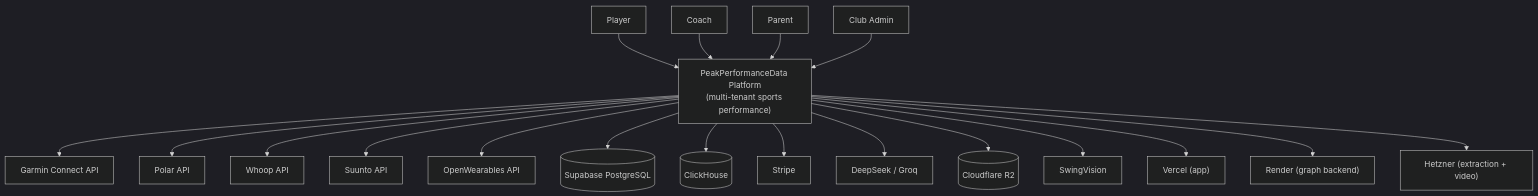
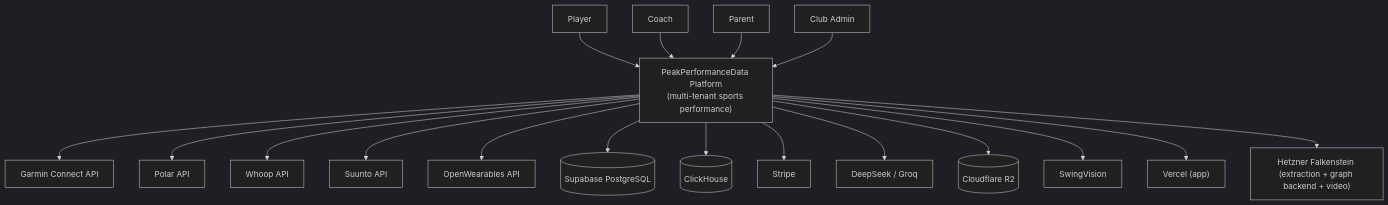
One commit to daniellpsilva1/PeakPerformanceDataMonorepo changed the diagram in docs/architecture/system-context.md. Above: the diagram before and after it, drawn with Mermaid (dark theme). The commit also changed other lines of this file and 12 other files, not shown here.

````diff
--- a/docs/architecture/system-context.md
+++ b/docs/architecture/system-context.md
@@ -30,25 +30,24 @@
 ```mermaid
 flowchart TD
     Player[Player] --> PPD
     Coach[Coach] --> PPD
     Parent[Parent] --> PPD
     Admin[Club Admin] --> PPD
 
     PPD["PeakPerformanceData Platform\n(multi-tenant sports performance)"]
 
     PPD --> Garmin[Garmin Connect API]
     PPD --> Polar[Polar API]
     PPD --> Whoop[Whoop API]
     PPD --> Suunto[Suunto API]
     PPD --> OW[OpenWearables API]
     PPD --> Supabase[(Supabase PostgreSQL)]
     PPD --> ClickHouse[(ClickHouse)]
     PPD --> Stripe[Stripe]
     PPD --> DeepSeek[DeepSeek / Groq]
     PPD --> R2[(Cloudflare R2)]
     PPD --> SV[SwingVision]
 
     PPD --> Vercel["Vercel (app)"]
-    PPD --> Render["Render (graph backend)"]
-    PPD --> Hetzner["Hetzner (extraction + video)"]
+    PPD --> Hetzner["Hetzner Falkenstein (extraction + graph backend + video)"]
 ```
````
